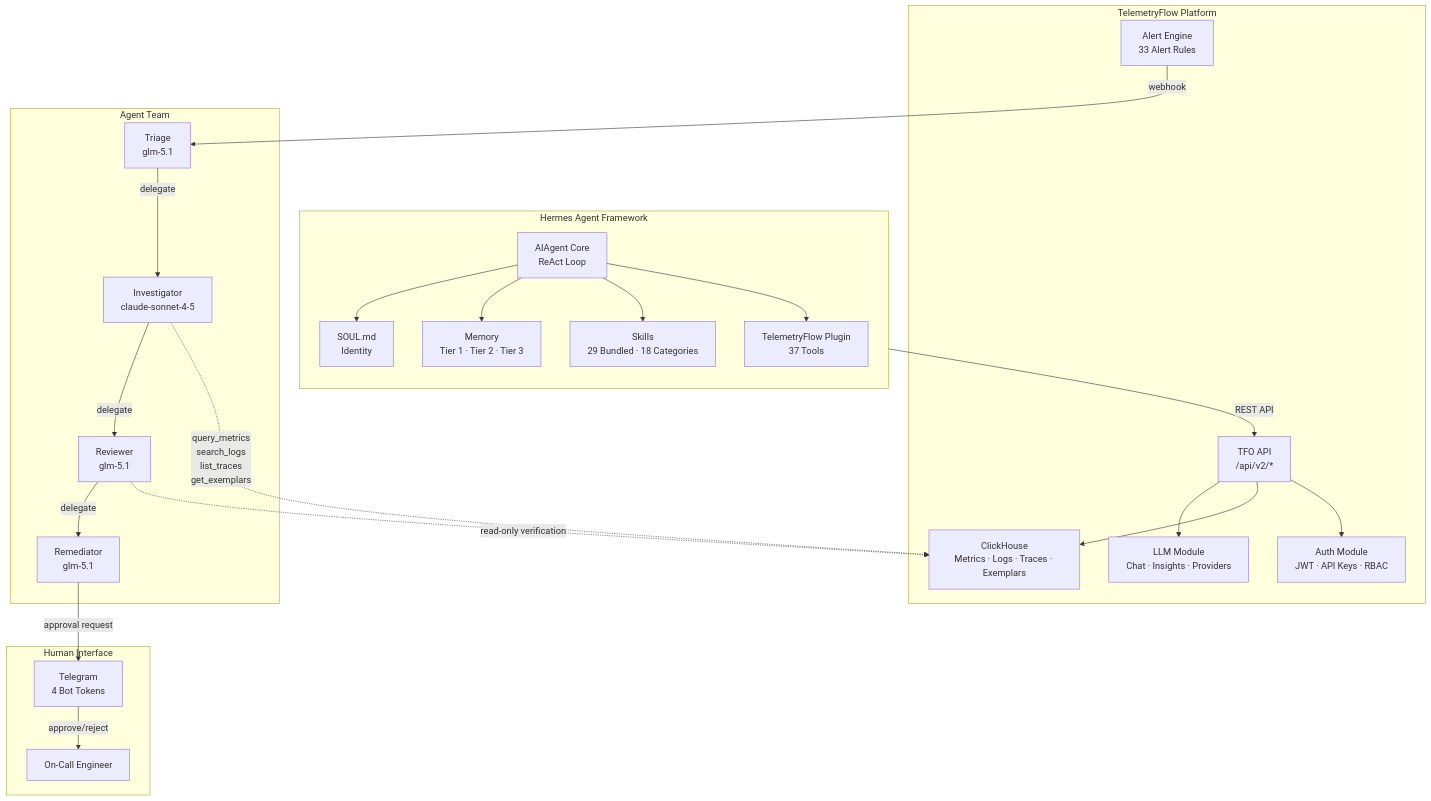
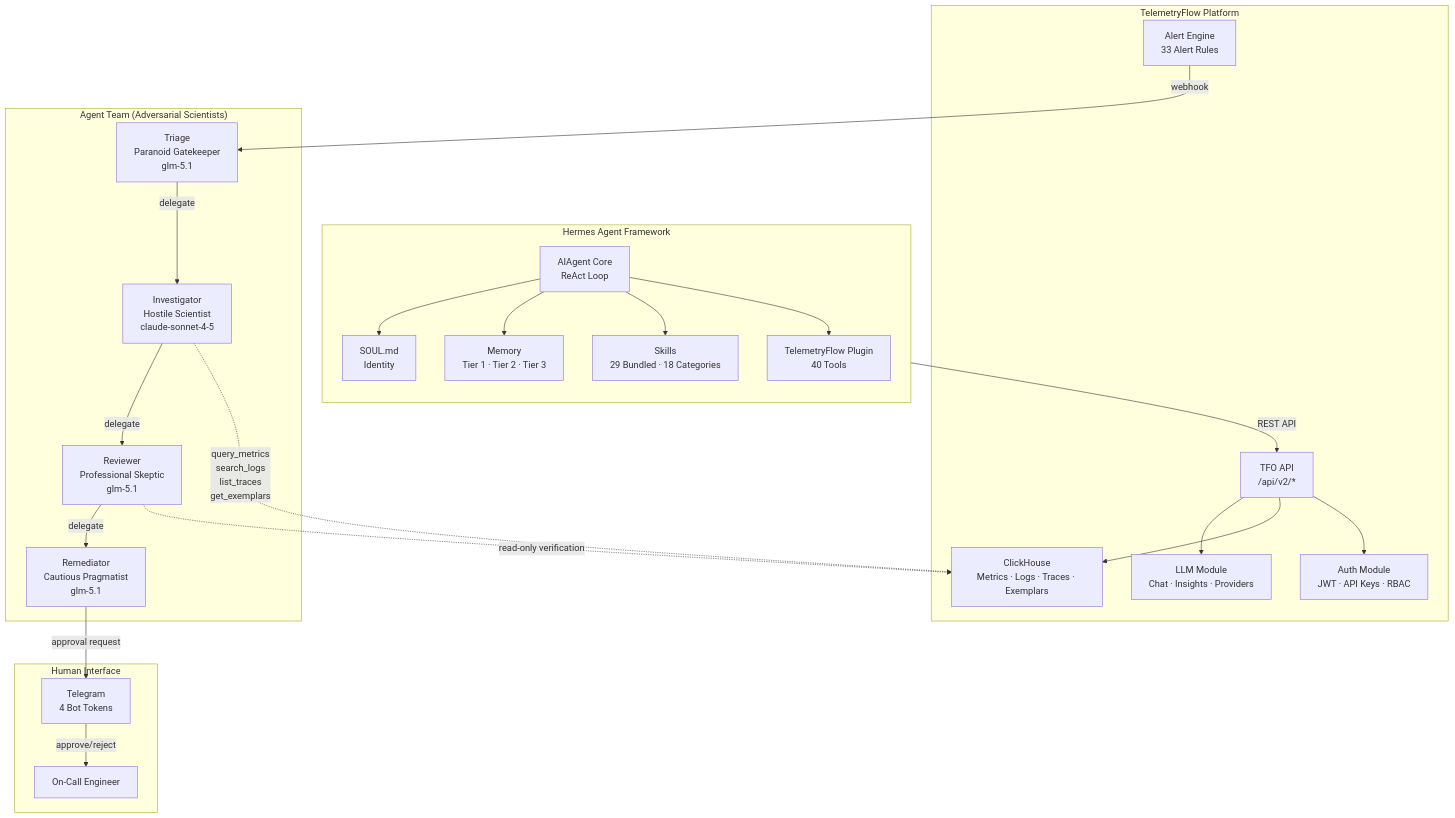
One commit to telemetryflow/telemetryflow-hermes changed the first of 3 diagrams in docs/architecture.md. Above: the diagram before and after it, drawn with Mermaid. The commit also changed other lines of this file and 63 other files, not shown here.

````diff
--- a/docs/architecture.md
+++ b/docs/architecture.md
@@ -7,51 +7,51 @@
 ```mermaid
 graph TB
     subgraph "TelemetryFlow Platform"
         TFO_API["TFO API<br/>/api/v2/*"]
         TFO_LLM["LLM Module<br/>Chat · Insights · Providers"]
         TFO_CH["ClickHouse<br/>Metrics · Logs · Traces · Exemplars"]
         TFO_ALERT["Alert Engine<br/>33 Alert Rules"]
         TFO_AUTH["Auth Module<br/>JWT · API Keys · RBAC"]
     end
 
     subgraph "Hermes Agent Framework"
         direction TB
         H_CORE["AIAgent Core<br/>ReAct Loop"]
         H_SOUL["SOUL.md<br/>Identity"]
         H_MEM["Memory<br/>Tier 1 · Tier 2 · Tier 3"]
         H_SKILLS["Skills<br/>29 Bundled · 18 Categories"]
-        H_PLUGIN["TelemetryFlow Plugin<br/>37 Tools"]
+        H_PLUGIN["TelemetryFlow Plugin<br/>40 Tools"]
     end
 
-    subgraph "Agent Team"
-        TRIAGE["Triage<br/>glm-5.1"]
-        INV["Investigator<br/>claude-sonnet-4-5"]
-        REV["Reviewer<br/>glm-5.1"]
-        REM["Remediator<br/>glm-5.1"]
+    subgraph "Agent Team (Adversarial Scientists)"
+        TRIAGE["Triage<br/>Paranoid Gatekeeper<br/>glm-5.1"]
+        INV["Investigator<br/>Hostile Scientist<br/>claude-sonnet-4-5"]
+        REV["Reviewer<br/>Professional Skeptic<br/>glm-5.1"]
+        REM["Remediator<br/>Cautious Pragmatist<br/>glm-5.1"]
     end
 
     subgraph "Human Interface"
         TG["Telegram<br/>4 Bot Tokens"]
         HUMAN["On-Call Engineer"]
     end
 
     TFO_ALERT -->|"webhook"| TRIAGE
     TRIAGE -->|"delegate"| INV
     INV -->|"delegate"| REV
     REV -->|"delegate"| REM
     REM -->|"approval request"| TG
     TG -->|"approve/reject"| HUMAN
 
     H_CORE --> H_SOUL
     H_CORE --> H_MEM
     H_CORE --> H_SKILLS
     H_CORE --> H_PLUGIN
 
     H_PLUGIN -->|"REST API"| TFO_API
     TFO_API --> TFO_LLM
     TFO_API --> TFO_CH
     TFO_API --> TFO_AUTH
 
     INV -.->|"query_metrics<br/>search_logs<br/>list_traces<br/>get_exemplars"| TFO_CH
     REV -.->|"read-only verification"| TFO_CH
 ```
````
